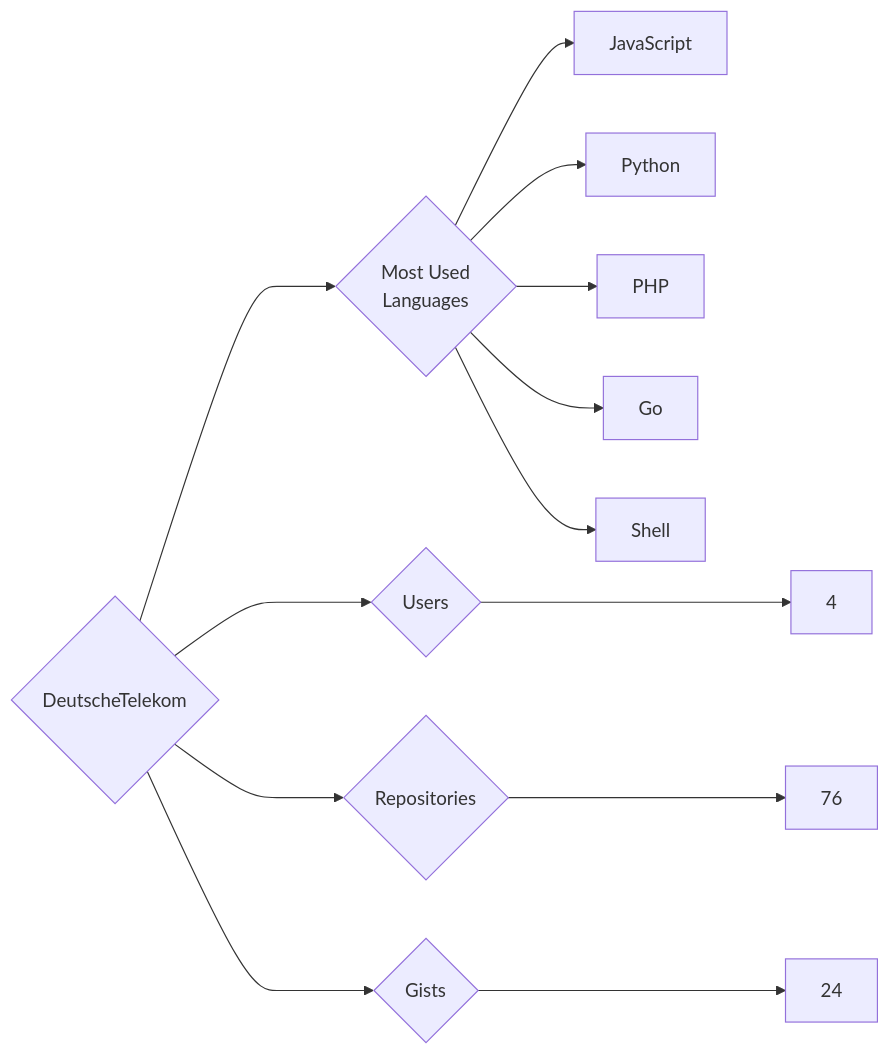
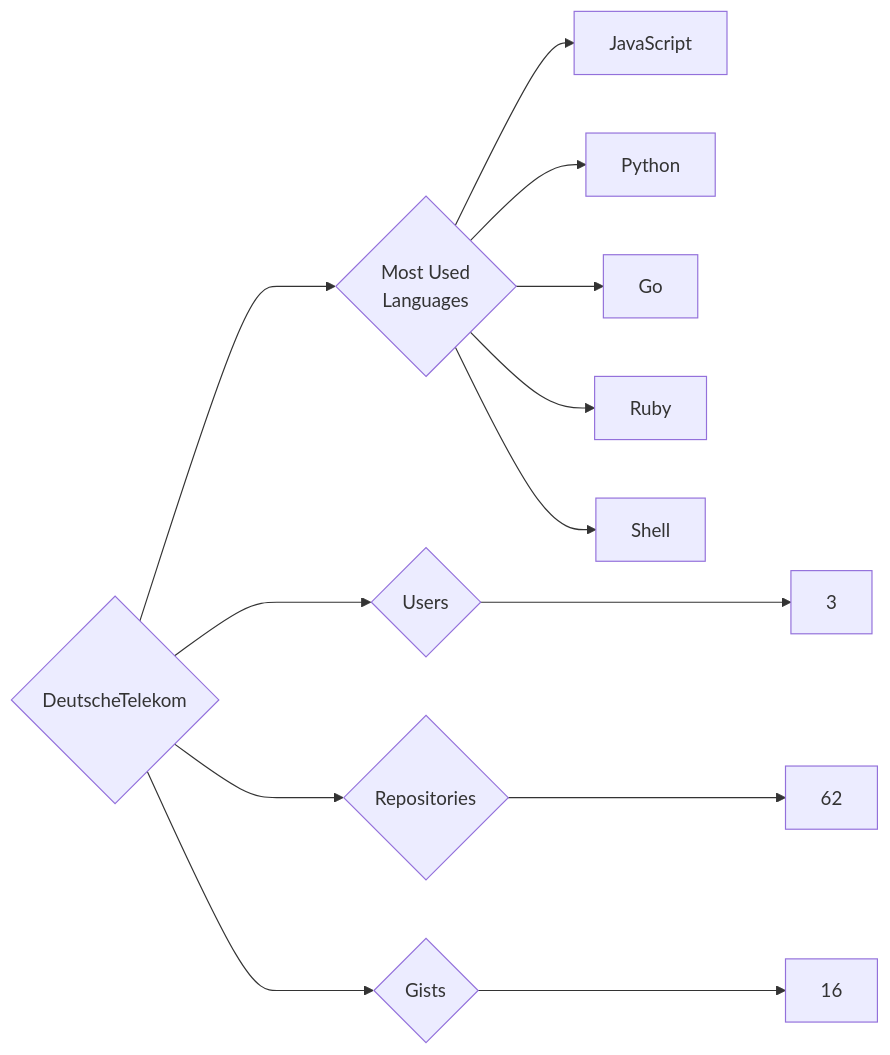
One commit to trickest/insiders changed the diagram in targets/DeutscheTelekom/README.md. Above: the diagram before and after it, drawn with Mermaid. The commit also changed 993 other files, not shown here.

````diff
--- a/targets/DeutscheTelekom/README.md
+++ b/targets/DeutscheTelekom/README.md
@@ -3,13 +3,13 @@
 ```mermaid
 graph LR
 COMPANY_NAME{DeutscheTelekom}
-COMPANY_NAME ---> U{Users} ---> UN[4]
-COMPANY_NAME ---> R{Repositories} ---> RN[76]
-COMPANY_NAME ---> G{Gists} ---> GN[24]
+COMPANY_NAME ---> U{Users} ---> UN[3]
+COMPANY_NAME ---> R{Repositories} ---> RN[62]
+COMPANY_NAME ---> G{Gists} ---> GN[16]
 COMPANY_NAME ---> ML{Most Used<br>Languages}
 ML --> JavaScript[JavaScript]
 ML --> Python[Python]
-ML --> PHP[PHP]
 ML --> Go[Go]
+ML --> Ruby[Ruby]
 ML --> Shell[Shell]
 ```
````
